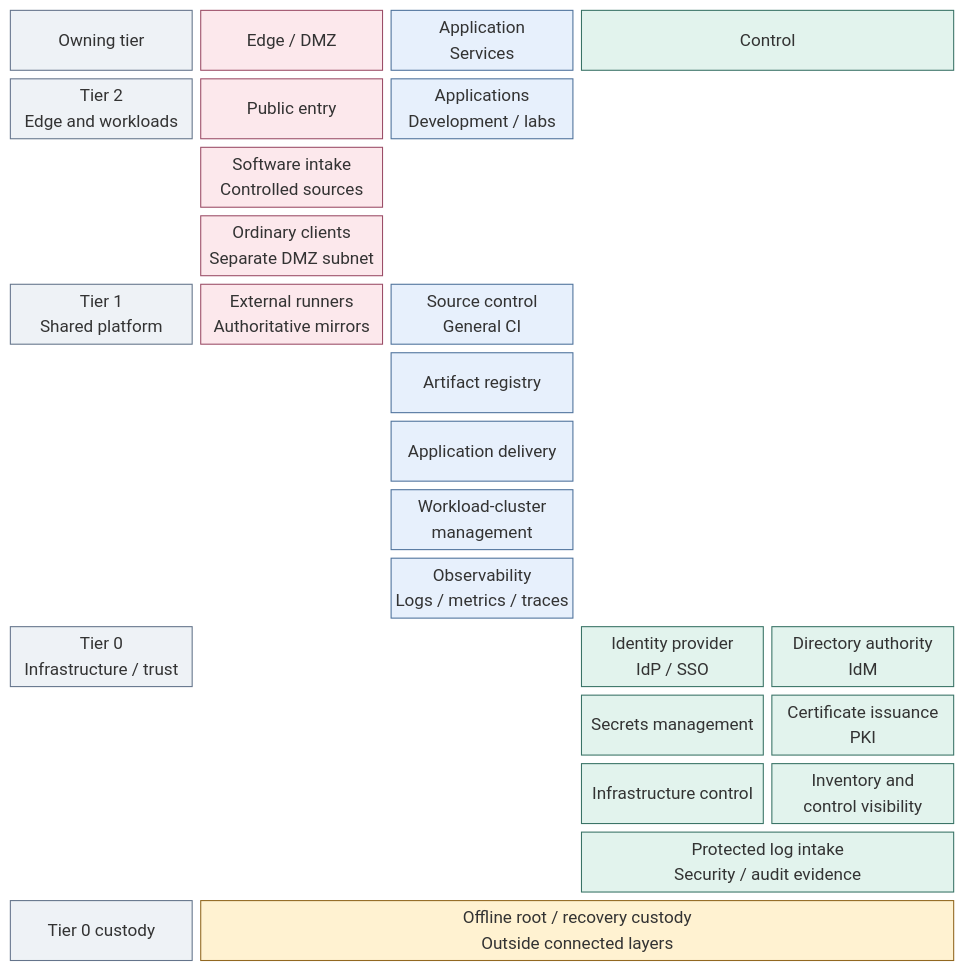
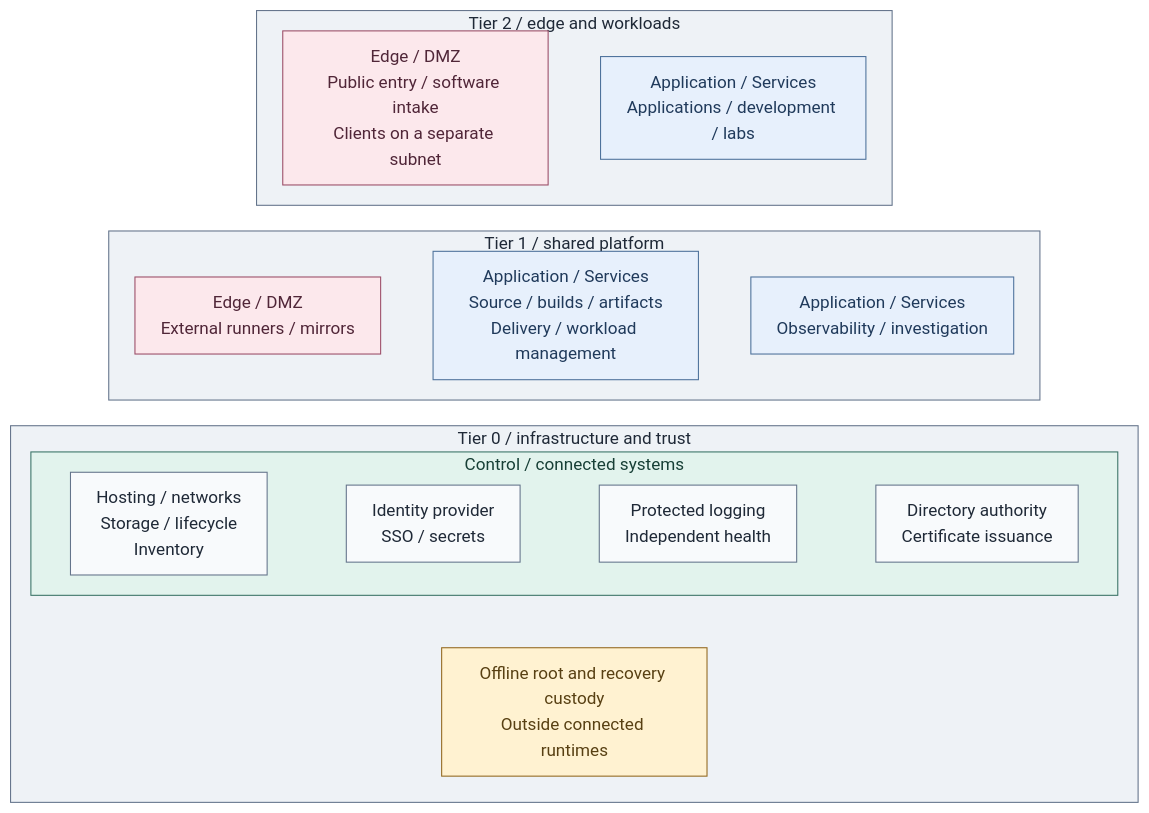
One commit to Rexus/homelab changed the diagram in docs/01-architecture/README.md. Above: the diagram before and after it, drawn with Mermaid. The commit also changed other lines of this file and 279 other files, not shown here.

````diff
--- a/docs/01-architecture/README.md
+++ b/docs/01-architecture/README.md
@@ -23,37 +9,42 @@
 ```mermaid
-block-beta
-  columns 5
-  Ownership["Owning tier"] Edge["Edge / DMZ"] Application["Application<br/>Services"] Control["Control"]:2
-  T2["Tier 2<br/>Edge and workloads"]
-  PublicEdge["Public entry"]
-  Workloads["Applications<br/>Development / labs"]
-  space:2
-  space Intake["Software intake<br/>Controlled sources"] space:3
-  space Clients["Ordinary clients<br/>Separate DMZ subnet"] space:3
-  T1["Tier 1<br/>Shared platform"]
-  Publication["External runners<br/>Authoritative mirrors"]
-  Source["Source control<br/>General CI"] space:2
-  space:2 Artifacts["Artifact registry"] space:2
-  space:2 Delivery["Application delivery"] space:2
-  space:2 WorkloadManagement["Workload-cluster<br/>management"] space:2
-  space:2 Analytics["Observability<br/>Logs / metrics / traces"] space:2
-  T0["Tier 0<br/>Infrastructure / trust"]
-  space:2
-  IdP["Identity provider<br/>IdP / SSO"] IdM["Directory authority<br/>IdM"]
-  space:3 Secrets["Secrets management"] PKI["Certificate issuance<br/>PKI"]
-  space:3 Infrastructure["Infrastructure control"] Operations["Inventory and<br/>control visibility"]
-  space:3 Evidence["Protected log intake<br/>Security / audit evidence"]:2
-  Custodians["Tier 0 custody"]
-  Offline["Offline root / recovery custody<br/>Outside connected layers"]:4
+%%{init: {"theme":"base","flowchart":{"nodeSpacing":18,"rankSpacing":24,"padding":12},"themeVariables":{"lineColor":"#627581","edgeLabelBackground":"#f8fafc"}}}%%
+flowchart TB
+  subgraph T2["Tier 2 / edge and workloads"]
+    direction LR
+    Edge["Edge / DMZ<br/>Public entry / software intake<br/>Clients on a separate subnet"]
+    Workloads["Application / Services<br/>Applications / development / labs"]
+    Edge ~~~ Workloads
+  end
+  subgraph T1["Tier 1 / shared platform"]
+    direction LR
+    Publication["Edge / DMZ<br/>External runners / mirrors"]
+    Delivery["Application / Services<br/>Source / builds / artifacts<br/>Delivery / workload management"]
+    Analytics["Application / Services<br/>Observability / investigation"]
+    Publication ~~~ Delivery ~~~ Analytics
+  end
+  subgraph T0["Tier 0 / infrastructure and trust"]
+    direction TB
+    subgraph Control["Control / connected systems"]
+      direction LR
+      Infrastructure["Hosting / networks<br/>Storage / lifecycle<br/>Inventory"]
+      Consumers["Identity provider<br/>SSO / secrets"]
+      Evidence["Protected logging<br/>Independent health"]
+      Authority["Directory authority<br/>Certificate issuance"]
+      Infrastructure ~~~ Consumers ~~~ Evidence ~~~ Authority
+    end
+    Offline["Offline root and recovery custody<br/>Outside connected runtimes"]
+    Control ~~~ Offline
+  end
+  T2 ~~~ T1 ~~~ T0
   classDef default fill:#f8fafc,stroke:#64748b,color:#1f2937
   classDef boundary fill:#eef2f6,stroke:#64748b,color:#1f2937
   classDef edge fill:#fce8ec,stroke:#9b4d67,color:#502638
   classDef services fill:#e7f0fc,stroke:#4d719b,color:#203a5b
   classDef control fill:#e2f3ed,stroke:#397366,color:#173f36
   classDef custody fill:#fff2d1,stroke:#926820,color:#584013
-  class Ownership,T2,T1,T0,Custodians boundary
-  class Edge,PublicEdge,Intake,Clients,Publication edge
-  class Application,Workloads,Source,Artifacts,Delivery,WorkloadManagement,Analytics services
-  class Control,IdM,IdP,PKI,Secrets,Infrastructure,Operations,Evidence control
+  class T2,T1,T0 boundary
+  class Edge,Publication edge
+  class Workloads,Delivery,Analytics services
+  class Control control
   class Offline custody
 ```
````
